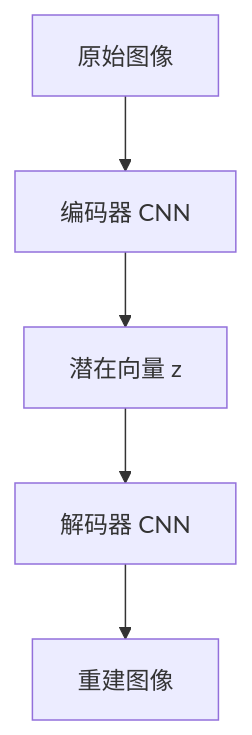
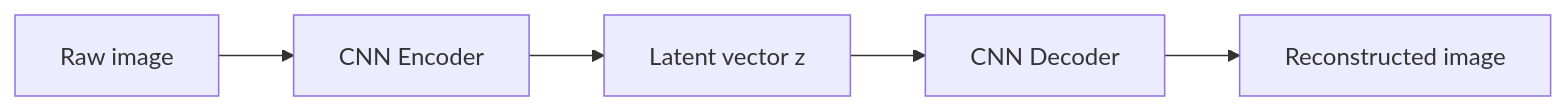
One commit to datawhalechina/learn-world-model changed the diagram in docs/en/lectures/lecture-02-encode-and-dynamics/01-encoding.md. Above: the diagram before and after it, drawn with Mermaid. The commit also changed other lines of this file and 3 other files, not shown here.

Commit message:
Refactor mermaid diagrams for clarity and consistency across encoding and dynamics lectures

````diff
--- a/docs/en/lectures/lecture-02-encode-and-dynamics/01-encoding.md
+++ b/docs/en/lectures/lecture-02-encode-and-dynamics/01-encoding.md
@@ -37,7 +39,7 @@
 ```mermaid
-flowchart TD
-    A[原始图像] --> B[编码器 CNN]
-    B --> C[潜在向量 z]
-    C --> D[解码器 CNN]
-    D --> E[重建图像]
+flowchart LR
+    A[Raw image] --> B[CNN Encoder]
+    B --> C[Latent vector z]
+    C --> D[CNN Decoder]
+    D --> E[Reconstructed image]
 ```
````
